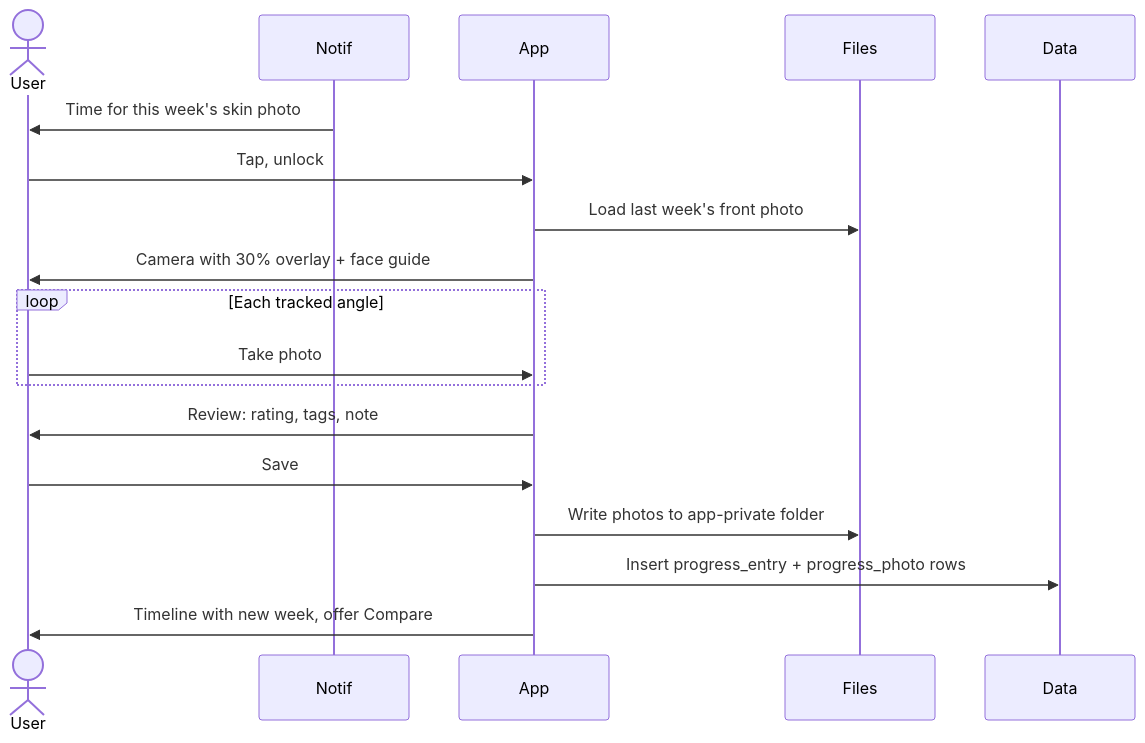
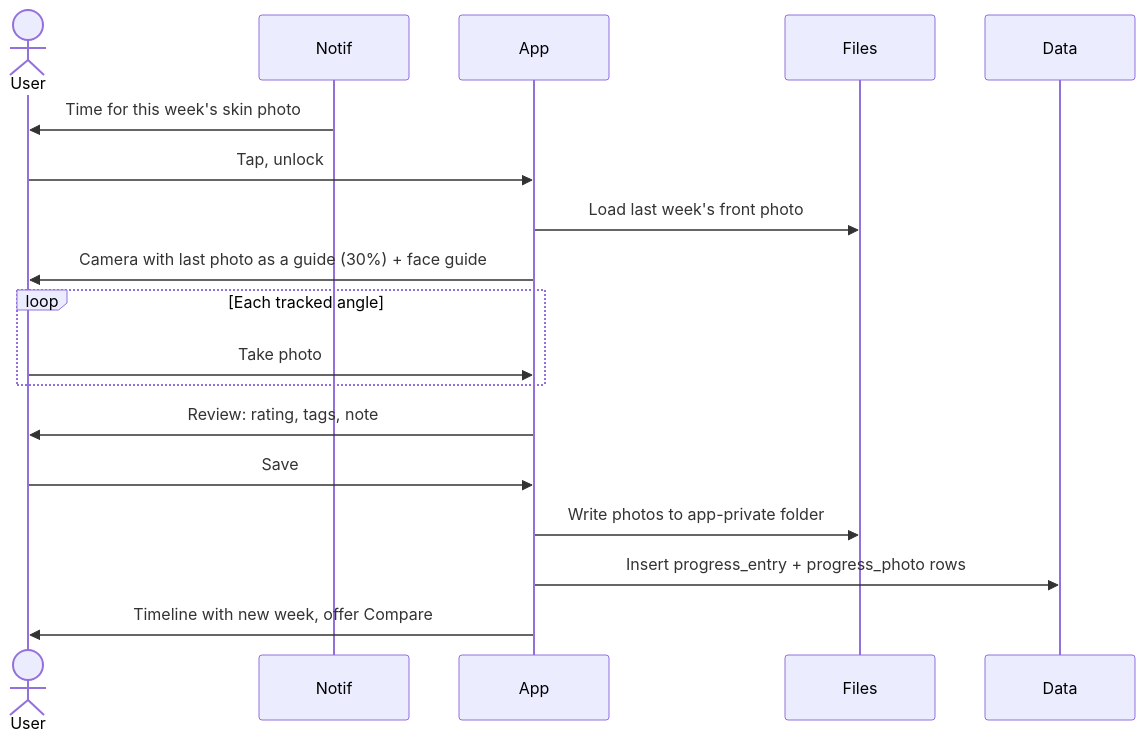
The ninth of 10 diagrams in docs/feature-spec.md (Justxs/Jx-Care), drawn with Mermaid before and after one commit. The commit also changed other lines of this file, not shown here.

````diff
--- a/docs/feature-spec.md
+++ b/docs/feature-spec.md
@@ -628,20 +685,20 @@
 ```mermaid
 sequenceDiagram
   actor U as User
   participant N as Notif
   participant A as App
   participant F as Files
   participant D as Data
   N->>U: Time for this week's skin photo
   U->>A: Tap, unlock
   A->>F: Load last week's front photo
-  A->>U: Camera with 30% overlay + face guide
+  A->>U: Camera with last photo as a guide (30%) + face guide
   loop Each tracked angle
     U->>A: Take photo
   end
   A->>U: Review: rating, tags, note
   U->>A: Save
   A->>F: Write photos to app-private folder
   A->>D: Insert progress_entry + progress_photo rows
   A->>U: Timeline with new week, offer Compare
 ```
````
